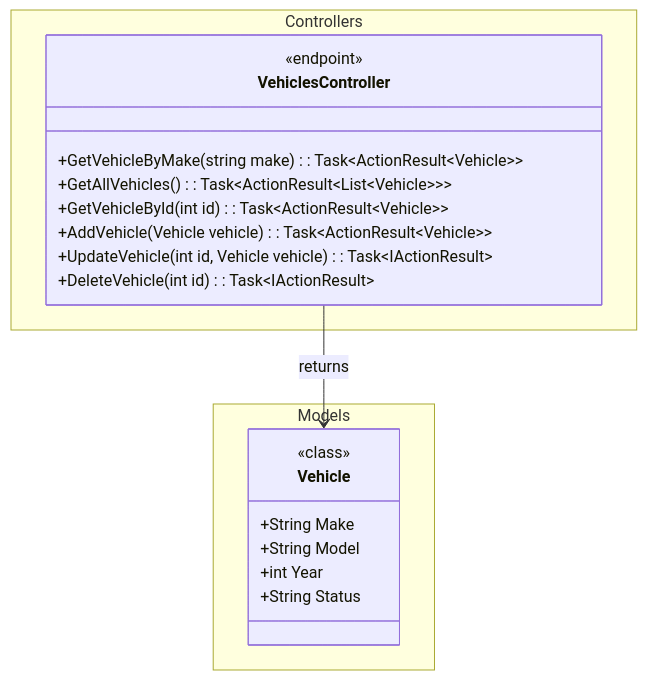
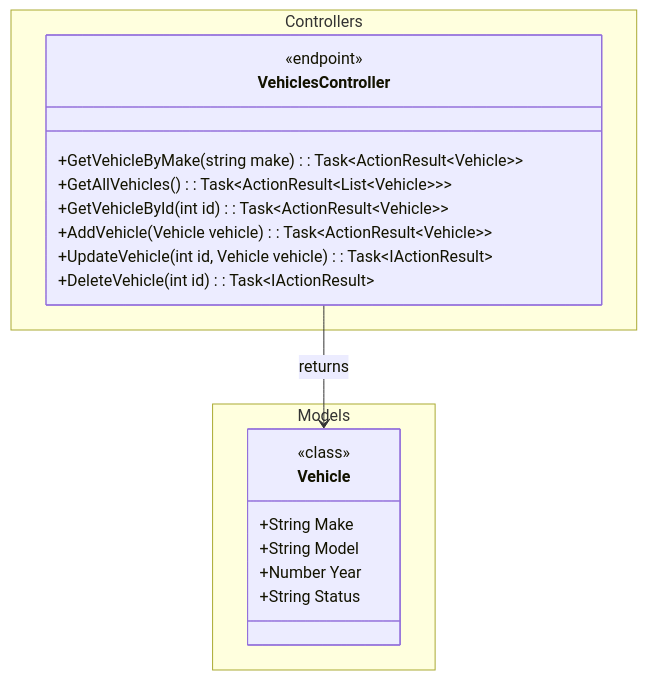
Before and after one commit to ReneLombard/mermaid-codegen: the diagram in src/mermaid.md, drawn with Mermaid. The commit also changed 4 other files, not shown here.

````diff
--- a/src/mermaid.md
+++ b/src/mermaid.md
@@ -32,32 +32,32 @@
 ```mermaid
 classDiagram
 
 namespace Models {
     class Vehicle {
         <<class>>
         %% vehicle brand
         +String Make
         %% specific model
         +String Model
         %% production year
-        +int Year
+        +Number Year
         +String Status
     }
 }
 
 namespace Controllers {
     class VehiclesController {
         <<endpoint>>
         +GetVehicleByMake(string make): Task~ActionResult~Vehicle~~
         +GetAllVehicles(): Task~ActionResult~List~Vehicle~~~
         +GetVehicleById(int id): Task~ActionResult~Vehicle~~
         +AddVehicle(Vehicle vehicle): Task~ActionResult~Vehicle~~
         +UpdateVehicle(int id, Vehicle vehicle): Task~IActionResult~
         +DeleteVehicle(int id): Task~IActionResult~
     }
 }
 
 %% Vehicle for this controller
 VehiclesController --> Vehicle : returns
 
 ```
````
